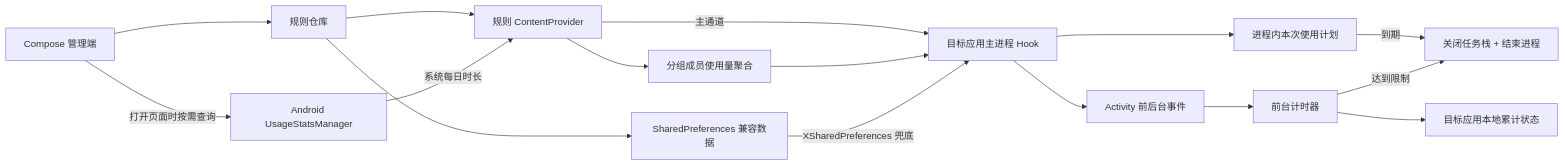
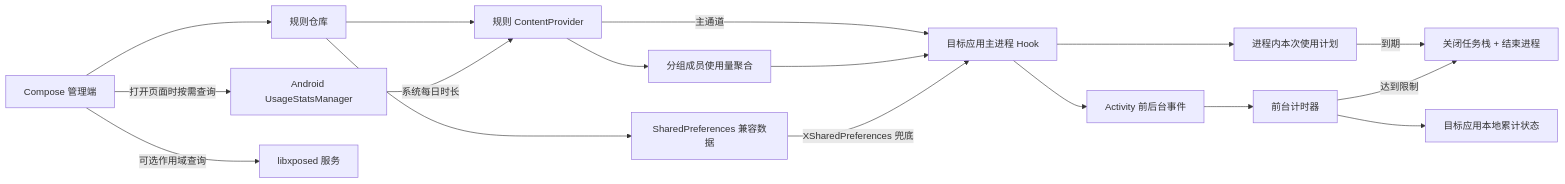
One commit to Xposed-Modules-Repo/com.liuml.apptimelimiter changed the second of 2 diagrams in README.md. Above: the diagram before and after it, drawn with Mermaid. The commit also changed other lines of this file and 33 other files, not shown here.

````diff
--- a/README.md
+++ b/README.md
@@ -212,18 +225,19 @@
 ```mermaid
 flowchart LR
     UI["Compose 管理端"] --> Repo["规则仓库"]
     Repo --> Provider["规则 ContentProvider"]
     Repo --> Prefs["SharedPreferences 兼容数据"]
     Provider -->|"主通道"| Hook["目标应用主进程 Hook"]
     Provider --> Group["分组成员使用量聚合"]
     Group --> Hook
     Prefs -->|"XSharedPreferences 兜底"| Hook
     Hook --> Lifecycle["Activity 前后台事件"]
     Lifecycle --> Timer["前台计时器"]
     Hook --> SessionPlan["进程内本次使用计划"]
     SessionPlan -->|"到期"| Exit
     Timer -->|"达到限制"| Exit["关闭任务栈 + 结束进程"]
     Timer --> State["目标应用本地累计状态"]
     UI -->|"打开页面时按需查询"| UsageStats["Android UsageStatsManager"]
     UsageStats -->|"系统每日时长"| Provider
+    UI -->|"可选作用域查询"| XposedService["libxposed 服务"]
 ```
````
